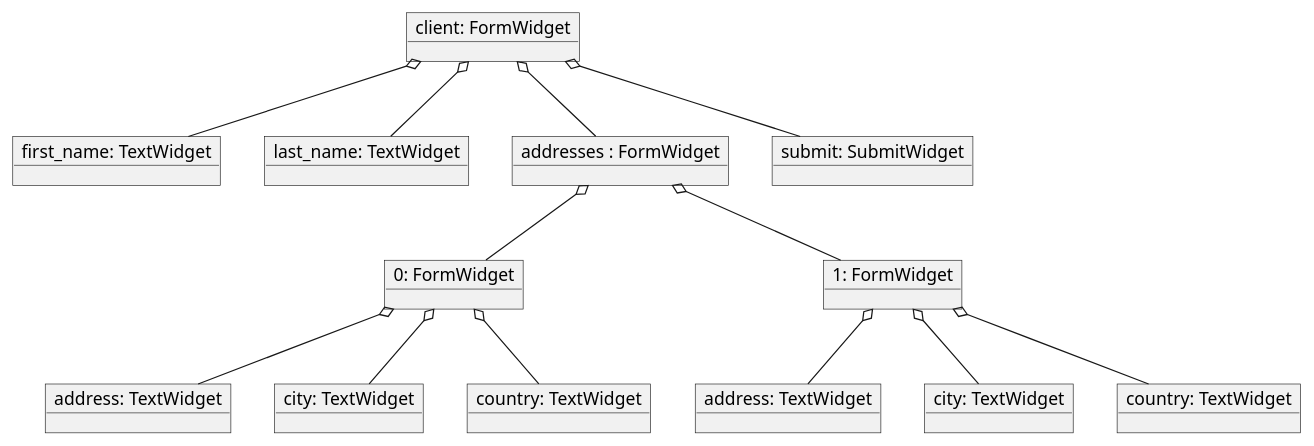
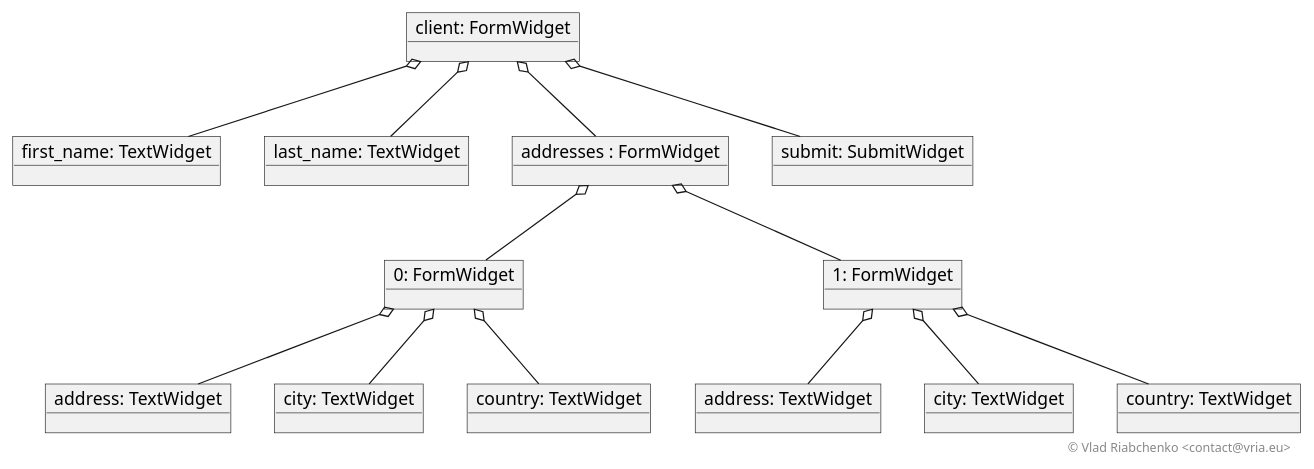
One commit to vria/design-patterns changed the diagram in Structural/Composite/doc/composite_object_diagram.plantuml. Above: the diagram before and after it, drawn with PlantUML. The commit also changed 52 other files, not shown here.

Commit message:
passing to plant uml, various readmes, factory method correct

```diff
--- a/Structural/Composite/doc/composite_object_diagram.plantuml
+++ b/Structural/Composite/doc/composite_object_diagram.plantuml
@@ -1,30 +1,32 @@
 @startuml
 
 object "client: FormWidget" as client
 object "first_name: TextWidget" as first_name
 object "last_name: TextWidget" as last_name
 object "addresses : FormWidget" as addresses
 object "0: FormWidget" as addresses_0
 object "address: TextWidget" as addresses_0_address
 object "city: TextWidget" as addresses_0_city
 object "country: TextWidget" as addresses_0_country
 object "1: FormWidget" as addresses_1
 object "address: TextWidget" as addresses_1_address
 object "city: TextWidget" as addresses_1_city
 object "country: TextWidget" as addresses_1_country
 object "submit: SubmitWidget" as submit
 
 client o-- first_name
 client o-- last_name
 client o-- addresses
 addresses o-- addresses_0
 addresses_0 o-- addresses_0_address
 addresses_0 o-- addresses_0_city
 addresses_0 o-- addresses_0_country
 addresses o-- addresses_1
 addresses_1 o-- addresses_1_address
 addresses_1 o-- addresses_1_city
 addresses_1 o-- addresses_1_country
 client o-- submit
 
+right footer © Vlad Riabchenko <contact@vria.eu>
+
 @enduml
```
